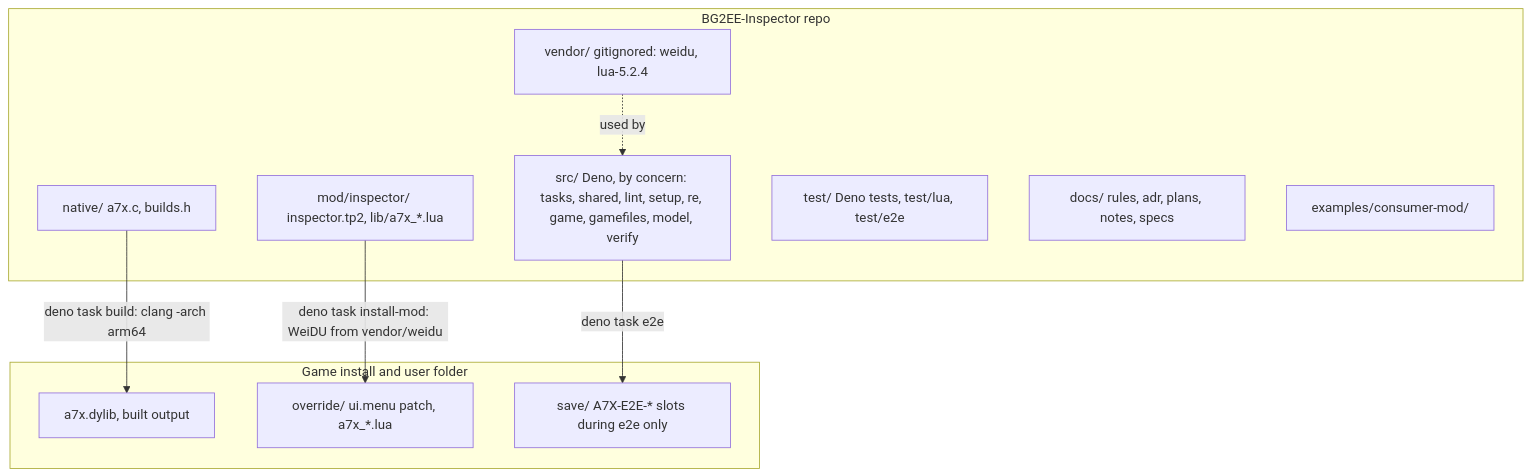
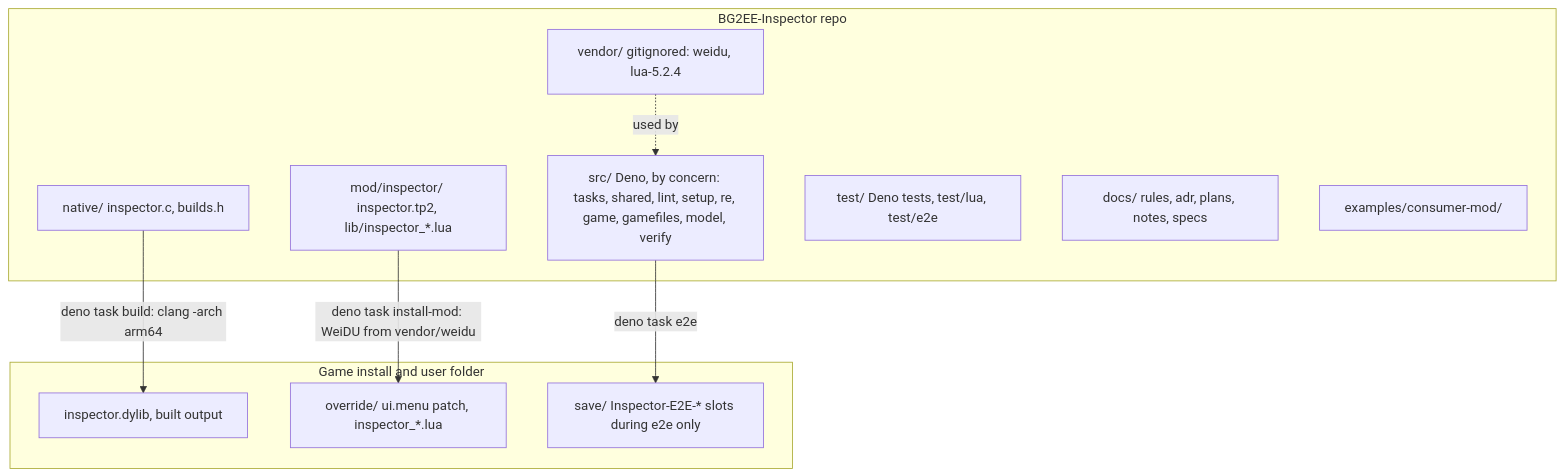
Before and after one commit to kabootit/BG2EE-Inspector: the second of 8 diagrams in docs/architecture.md, drawn with Mermaid. The commit also changed other lines of this file and 104 other files, not shown here.

````diff
--- a/docs/architecture.md
+++ b/docs/architecture.md
@@ -34,21 +34,21 @@
 ```mermaid
 flowchart TD
   subgraph REPO["BG2EE-Inspector repo"]
-    N["native/ a7x.c, builds.h"]
-    M["mod/inspector/ inspector.tp2, lib/a7x_*.lua"]
+    N["native/ inspector.c, builds.h"]
+    M["mod/inspector/ inspector.tp2, lib/inspector_*.lua"]
     T["src/ Deno, by concern: tasks, shared, lint, setup, re, game, gamefiles, model, verify"]
     X["test/ Deno tests, test/lua, test/e2e"]
     D["docs/ rules, adr, plans, notes, specs"]
     E["examples/consumer-mod/"]
     V["vendor/ gitignored: weidu, lua-5.2.4"]
   end
   subgraph GAME["Game install and user folder"]
-    DY["a7x.dylib, built output"]
-    OV["override/ ui.menu patch, a7x_*.lua"]
-    SV["save/ A7X-E2E-* slots during e2e only"]
+    DY["inspector.dylib, built output"]
+    OV["override/ ui.menu patch, inspector_*.lua"]
+    SV["save/ Inspector-E2E-* slots during e2e only"]
   end
   N -- "deno task build: clang -arch arm64" --> DY
   M -- "deno task install-mod: WeiDU from vendor/weidu" --> OV
   T -- "deno task e2e" --> SV
   V -. "used by" .-> T
 ```
````
